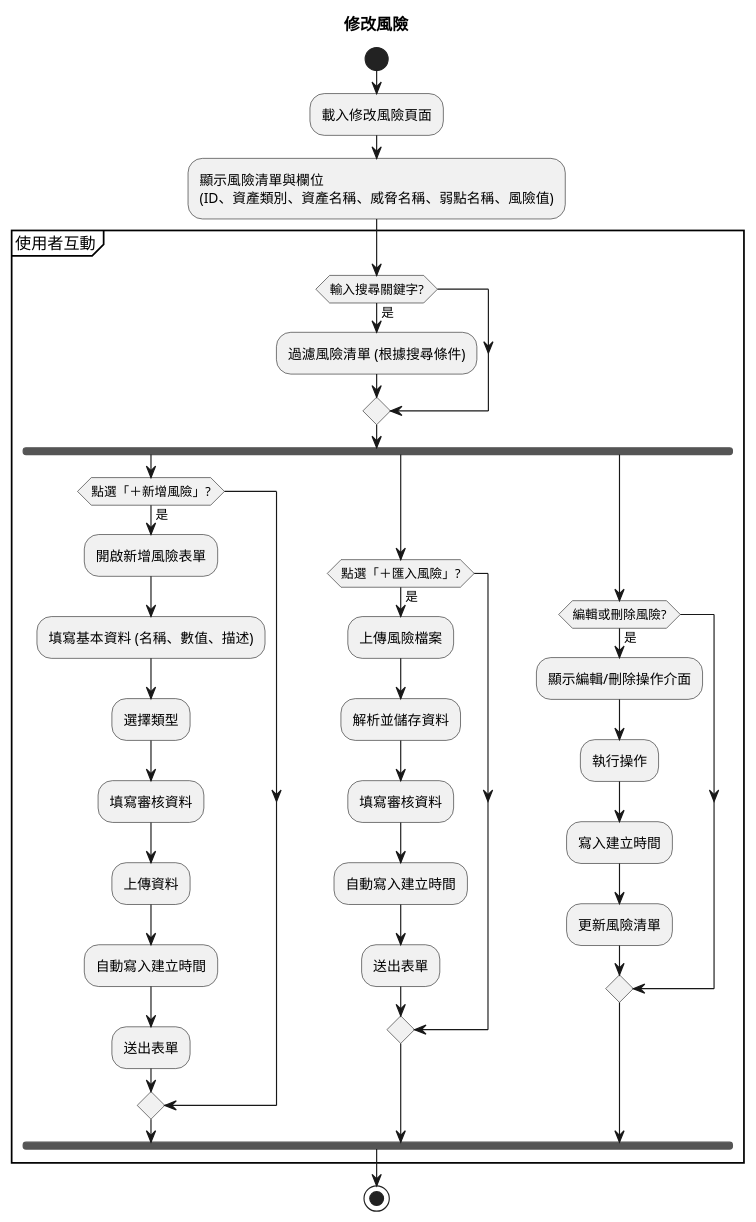
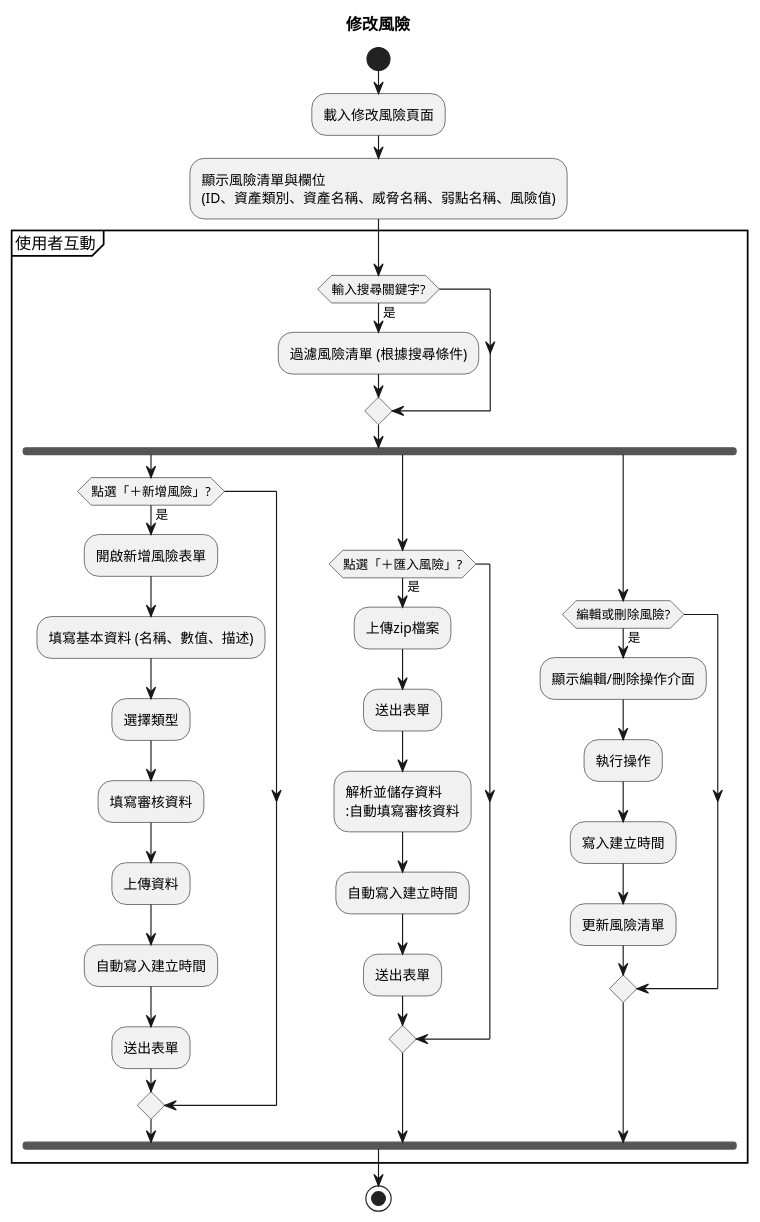
The diagram in plantUML/activity/risk_edit.puml (walle45611/NTUB_SecuManag_Diagram), drawn with PlantUML before and after one commit. The commit also changed 6 other files, not shown here.

```diff
--- a/plantUML/activity/risk_edit.puml
+++ b/plantUML/activity/risk_edit.puml
@@ -1,45 +1,46 @@
 @startuml 
 title 修改風險
 start
 
 :載入修改風險頁面;
 
 :顯示風險清單與欄位
 (ID、資產類別、資產名稱、威脅名稱、弱點名稱、風險值);
 
 partition "使用者互動" {
 
     if (輸入搜尋關鍵字?) then (是)
         :過濾風險清單 (根據搜尋條件);
     endif
     fork
         if (點選「＋新增風險」?) then (是)
             :開啟新增風險表單;
             :填寫基本資料 (名稱、數值、描述);
             :選擇類型;
             :填寫審核資料;
             :上傳資料;
             :自動寫入建立時間;
             :送出表單;
         endif
     fork again
         if (點選「＋匯入風險」?) then (是)
-            :上傳風險檔案;
-            :解析並儲存資料;
-            :填寫審核資料;
+            :上傳zip檔案;
+            :送出表單;
+            :解析並儲存資料
+            :自動填寫審核資料;
             :自動寫入建立時間;
             :送出表單;
         endif
     fork again
         if (編輯或刪除風險?) then (是)
             :顯示編輯/刪除操作介面;
             :執行操作;
             :寫入建立時間;
             :更新風險清單;
         endif
     end fork
 }
 
 stop
 
 @enduml
```
